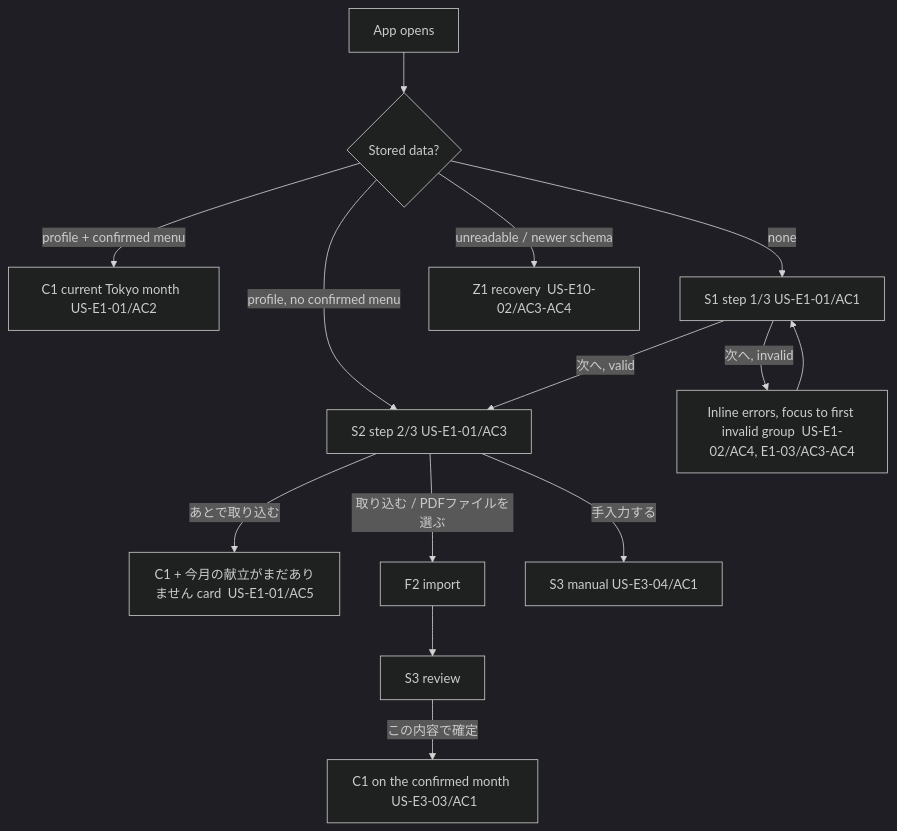
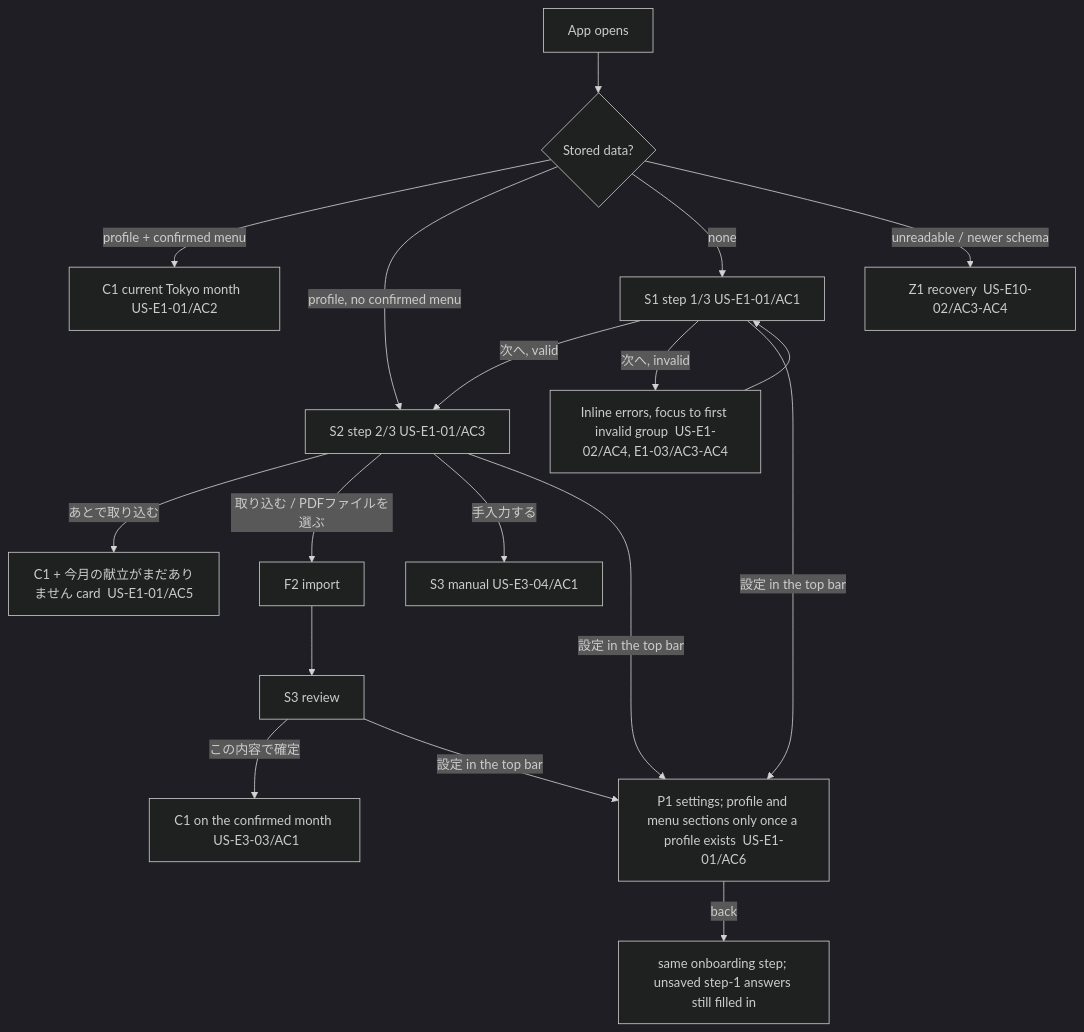
One commit to MrDrah/BentoMinder changed the first of 7 diagrams in design/flows.md. Above: the diagram before and after it, drawn with Mermaid (dark theme). The commit also changed other lines of this file and 23 other files, not shown here.

First line of the commit message:
M2 prep: date-correction rules and UI, picker labels, settings in onboarding, D-M1-03/04 rulings

````diff
--- a/design/flows.md
+++ b/design/flows.md
@@ -65,16 +68,18 @@
 ```mermaid
 flowchart TD
   A[App opens] --> B{Stored data?}
   B -- profile + confirmed menu --> C1[C1 current Tokyo month  US-E1-01/AC2]
   B -- profile, no confirmed menu --> S2[S2 step 2/3  US-E1-01/AC3]
   B -- none --> S1[S1 step 1/3  US-E1-01/AC1]
   B -- unreadable / newer schema --> Z1[Z1 recovery  US-E10-02/AC3-AC4]
   S1 -->|次へ, valid| S2
   S1 -->|次へ, invalid| S1e[Inline errors, focus to first invalid group  US-E1-02/AC4, E1-03/AC3-AC4]
   S1e --> S1
   S2 -->|あとで取り込む| C1e[C1 + 今月の献立がまだありません card  US-E1-01/AC5]
   S2 -->|取り込む / PDFファイルを選ぶ| F2[F2 import]
   S2 -->|手入力する| S3m[S3 manual  US-E3-04/AC1]
   F2 --> S3[S3 review]
   S3 -->|この内容で確定| C1m[C1 on the confirmed month  US-E3-03/AC1]
+  S1 & S2 & S3 -->|設定 in the top bar| P1o[P1 settings; profile and menu sections only once a profile exists  US-E1-01/AC6]
+  P1o -->|back| Sx[same onboarding step; unsaved step-1 answers still filled in]
 ```
````
